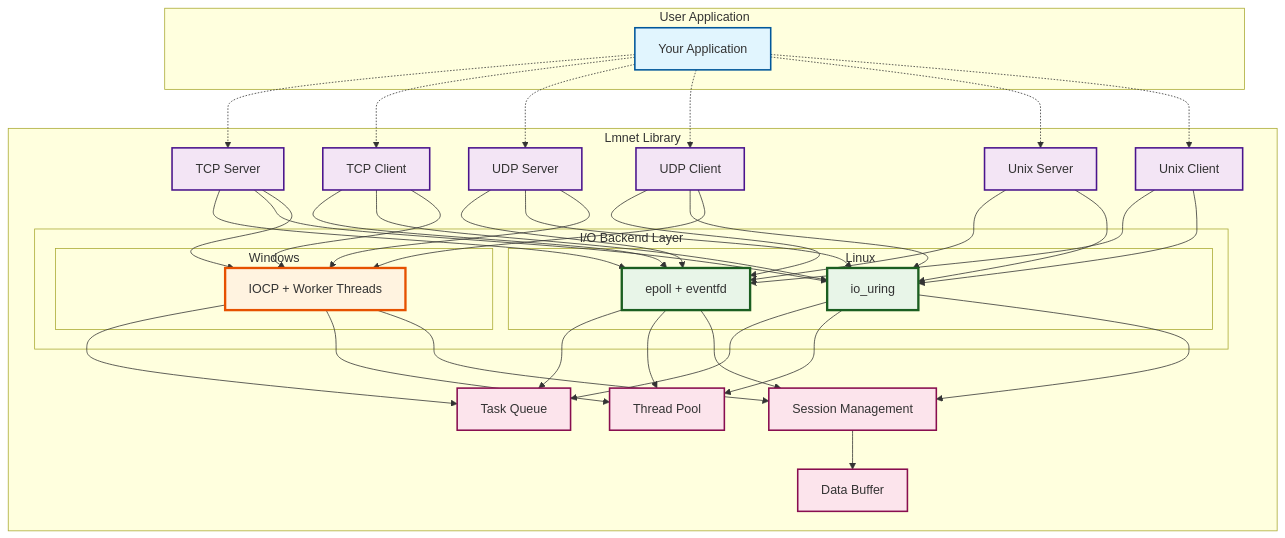
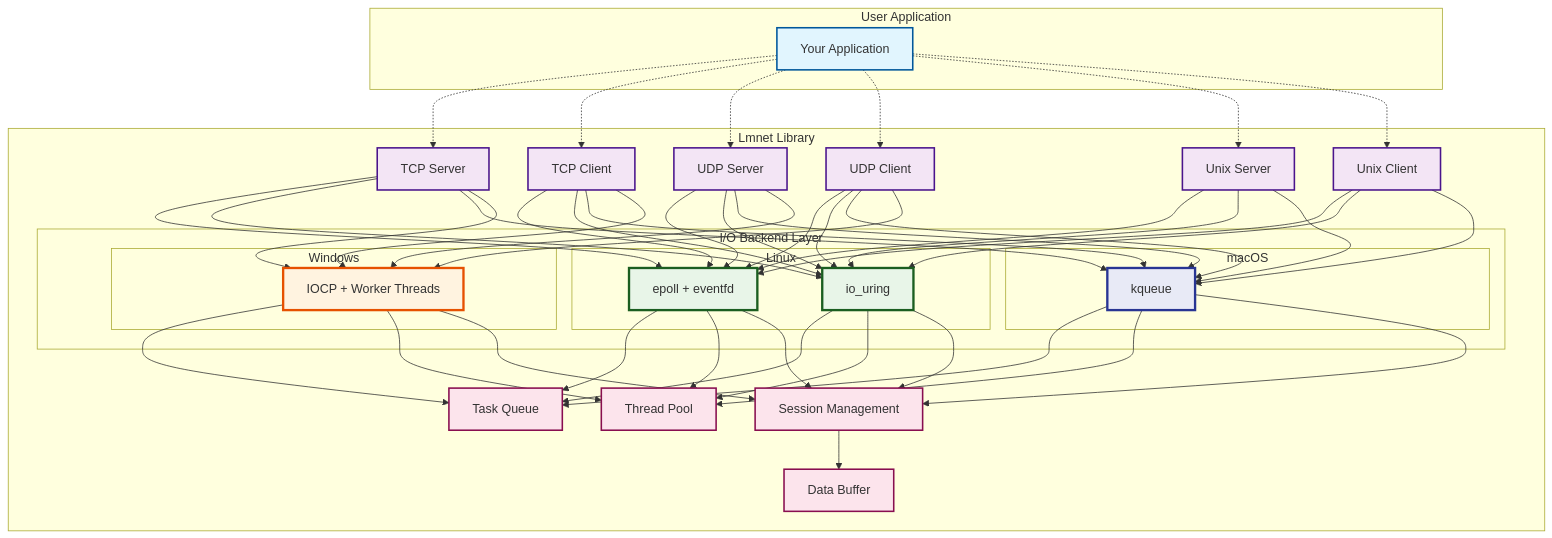
Before and after one commit to lmshao/lmnet: the diagram in README.md, drawn with Mermaid. The commit also changed other lines of this file and 26 other files, not shown here.

Commit message:
Add macOS kqueue backend

````diff
--- a/README.md
+++ b/README.md
@@ -258,6 +265,9 @@
             subgraph "Linux"
                 LinuxEpoll[epoll + eventfd]
                 LinuxIoUring[io_uring]
+            end
+            subgraph "macOS"
+                MacOSKqueue[kqueue]
             end
             subgraph "Windows"
                 WindowsIOCP[IOCP + Worker Threads]
@@ -283,6 +293,13 @@
         UnixServer --> LinuxIoUring
         UnixClient --> LinuxIoUring
         
+    TcpServer --> MacOSKqueue
+    TcpClient --> MacOSKqueue
+    UdpServer --> MacOSKqueue
+    UdpClient --> MacOSKqueue
+    UnixServer --> MacOSKqueue
+    UnixClient --> MacOSKqueue
+
         TcpServer --> WindowsIOCP
         TcpClient --> WindowsIOCP
         UdpServer --> WindowsIOCP
@@ -290,14 +307,17 @@
         
         LinuxEpoll --> TaskQueue
         LinuxIoUring --> TaskQueue
+    MacOSKqueue --> TaskQueue
         WindowsIOCP --> TaskQueue
         
         LinuxEpoll --> ThreadPool
         LinuxIoUring --> ThreadPool
+    MacOSKqueue --> ThreadPool
         WindowsIOCP --> ThreadPool
         
         LinuxEpoll --> Session
         LinuxIoUring --> Session
+    MacOSKqueue --> Session
         WindowsIOCP --> Session
         
         Session --> DataBuffer
@@ -313,12 +333,14 @@
     classDef userApp fill:#e1f5fe,stroke:#01579b,stroke-width:2px
     classDef networkComp fill:#f3e5f5,stroke:#4a148c,stroke-width:2px
     classDef linuxBackend fill:#e8f5e8,stroke:#1b5e20,stroke-width:3px
+    classDef macBackend fill:#e8eaf6,stroke:#283593,stroke-width:3px
     classDef windowsBackend fill:#fff3e0,stroke:#e65100,stroke-width:3px
     classDef coreComp fill:#fce4ec,stroke:#880e4f,stroke-width:2px
     
     class YourApp userApp
     class TcpServer,TcpClient,UdpServer,UdpClient,UnixServer,UnixClient networkComp
     class LinuxEpoll,LinuxIoUring linuxBackend
+    class MacOSKqueue macBackend
     class WindowsIOCP windowsBackend
     class TaskQueue,ThreadPool,Session,DataBuffer coreComp
 ```
````
